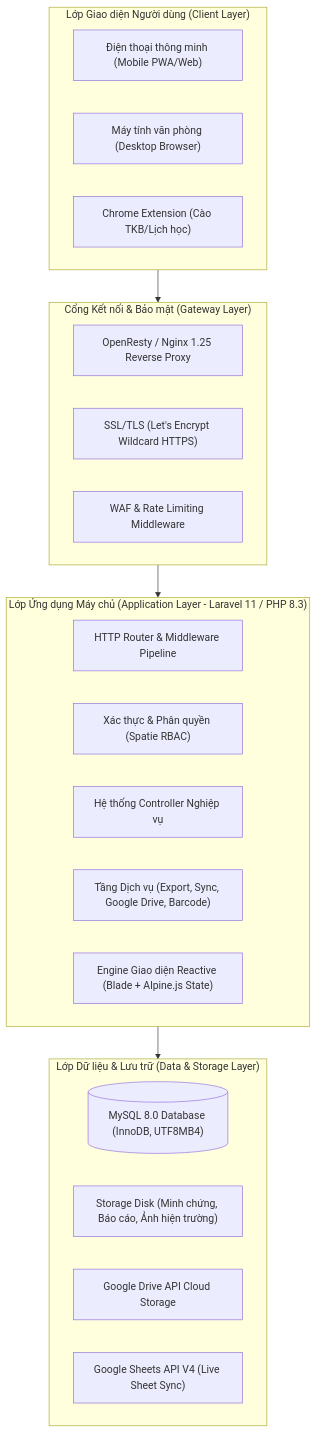
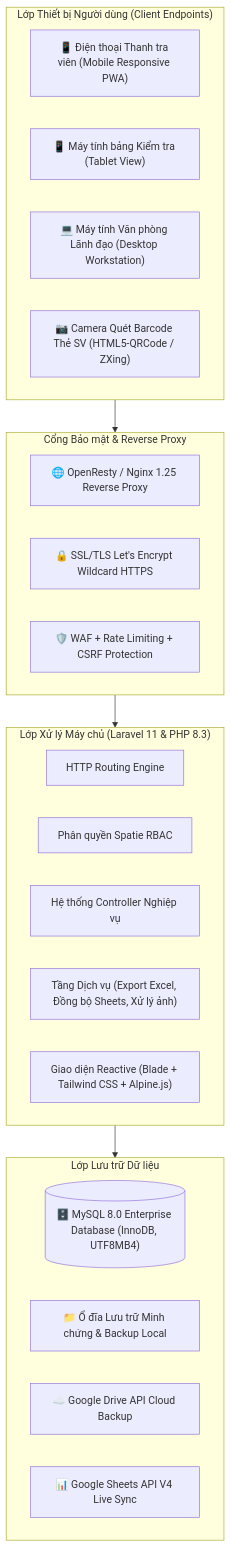
Before and after one commit to AZScience/ktnb-app: the diagram in public/TAI_LIEU_TOAN_DIEN_UNG_DUNG_KTNB.md, drawn with Mermaid. The commit also changed other lines of this file and 1 other file, not shown here.

````diff
--- a/public/TAI_LIEU_TOAN_DIEN_UNG_DUNG_KTNB.md
+++ b/public/TAI_LIEU_TOAN_DIEN_UNG_DUNG_KTNB.md
@@ -100,33 +140,34 @@
 ```mermaid
 flowchart TD
-    subgraph Client["Lớp Giao diện Người dùng (Client Layer)"]
-        BrowserMobile["Điện thoại thông minh (Mobile PWA/Web)"]
-        BrowserDesktop["Máy tính văn phòng (Desktop Browser)"]
-        Extension["Chrome Extension (Cào TKB/Lịch học)"]
+    subgraph ClientLayer["Lớp Thiết bị Người dùng (Client Endpoints)"]
+        Mobile["📱 Điện thoại Thanh tra viên (Mobile Responsive PWA)"]
+        Tablet["📱 Máy tính bảng Kiểm tra (Tablet View)"]
+        Desktop["💻 Máy tính Văn phòng Lãnh đạo (Desktop Workstation)"]
+        Scanner["📷 Camera Quét Barcode Thẻ SV (HTML5-QRCode / ZXing)"]
     end
 
-    subgraph Gateway["Cổng Kết nối & Bảo mật (Gateway Layer)"]
-        Nginx["OpenResty / Nginx 1.25 Reverse Proxy"]
-        SSL["SSL/TLS (Let's Encrypt Wildcard HTTPS)"]
-        WAF["WAF & Rate Limiting Middleware"]
+    subgraph SecurityLayer["Cổng Bảo mật & Reverse Proxy"]
+        Nginx["🌐 OpenResty / Nginx 1.25 Reverse Proxy"]
+        SSL["🔒 SSL/TLS Let's Encrypt Wildcard HTTPS"]
+        Firewall["🛡️ WAF + Rate Limiting + CSRF Protection"]
     end
 
-    subgraph AppServer["Lớp Ứng dụng Máy chủ (Application Layer - Laravel 11 / PHP 8.3)"]
-        Router["HTTP Router & Middleware Pipeline"]
-        AuthRBAC["Xác thực & Phân quyền (Spatie RBAC)"]
+    subgraph AppLayer["Lớp Xử lý Máy chủ (Laravel 11 & PHP 8.3)"]
+        Router["HTTP Routing Engine"]
+        RBAC["Phân quyền Spatie RBAC"]
         Controllers["Hệ thống Controller Nghiệp vụ"]
-        Services["Tầng Dịch vụ (Export, Sync, Google Drive, Barcode)"]
-        BladeAlpine["Engine Giao diện Reactive (Blade + Alpine.js State)"]
+        Services["Tầng Dịch vụ (Export Excel, Đồng bộ Sheets, Xử lý ảnh)"]
+        BladeEngine["Giao diện Reactive (Blade + Tailwind CSS + Alpine.js)"]
     end
 
-    subgraph DataStorage["Lớp Dữ liệu & Lưu trữ (Data & Storage Layer)"]
-        MySQL[("MySQL 8.0 Database (InnoDB, UTF8MB4)")]
-        LocalDisk["Storage Disk (Minh chứng, Báo cáo, Ảnh hiện trường)"]
-        GoogleDrive["Google Drive API Cloud Storage"]
-        GoogleSheets["Google Sheets API V4 (Live Sheet Sync)"]
+    subgraph DataLayer["Lớp Lưu trữ Dữ liệu"]
+        MySQL[("🗄️ MySQL 8.0 Enterprise Database (InnoDB, UTF8MB4)")]
+        LocalStorage["📁 Ổ đĩa Lưu trữ Minh chứng & Backup Local"]
+        GoogleDrive["☁️ Google Drive API Cloud Backup"]
+        GoogleSheets["📊 Google Sheets API V4 Live Sync"]
     end
 
-    Client --> Gateway
-    Gateway --> AppServer
-    AppServer --> DataStorage
+    ClientLayer --> SecurityLayer
+    SecurityLayer --> AppLayer
+    AppLayer --> DataLayer
 ```
````
